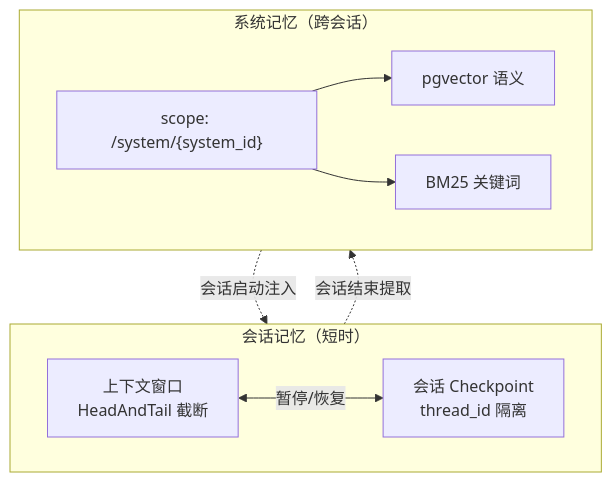
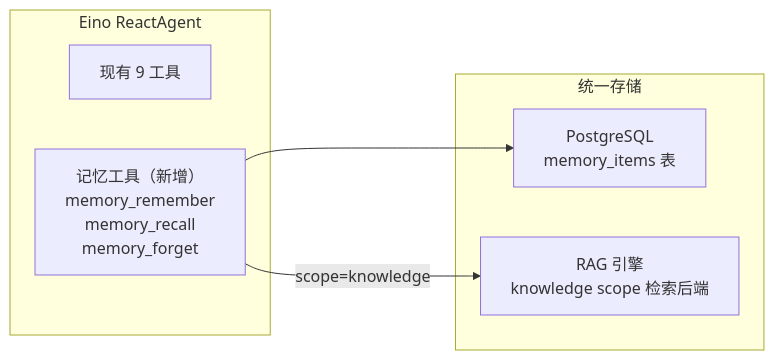
Before and after one commit to int2t05/Cognik: the sixth of 10 diagrams in docs/ROADMAP.md, drawn with Mermaid. The commit also changed other lines of this file, not shown here.

First line of the commit message:
docs(roadmap): 统一记忆系统 — 记忆+RAG+知识库统一为 Memory as a Tool

````diff
--- a/docs/ROADMAP.md
+++ b/docs/ROADMAP.md
@@ -348,17 +348,13 @@
 ```mermaid
-flowchart TB
-    subgraph 会话记忆["会话记忆（短时）"]
-        CTX["上下文窗口<br/>HeadAndTail 截断"]
-        CKPT["会话 Checkpoint<br/>thread_id 隔离"]
-        CTX <-->|"暂停/恢复"| CKPT
+flowchart LR
+    subgraph Agent["Eino ReactAgent"]
+        TOOLS["现有 9 工具"]
+        MEM["记忆工具（新增）<br/>memory_remember<br/>memory_recall<br/>memory_forget"]
     end
-    subgraph 系统记忆["系统记忆（跨会话）"]
-        SCOPE["scope: /system/{system_id}"]
-        VEC["pgvector 语义"]
-        BM25["BM25 关键词"]
-        SCOPE --> VEC
-        SCOPE --> BM25
+    subgraph 统一存储["统一存储"]
+        PG["PostgreSQL<br/>memory_items 表"]
+        RAG["RAG 引擎<br/>knowledge scope 检索后端"]
     end
-    会话记忆 -.->|"会话结束提取"| 系统记忆
-    系统记忆 -.->|"会话启动注入"| 会话记忆
+    MEM --> PG
+    MEM -->|"scope=knowledge"| RAG
 ```
````
